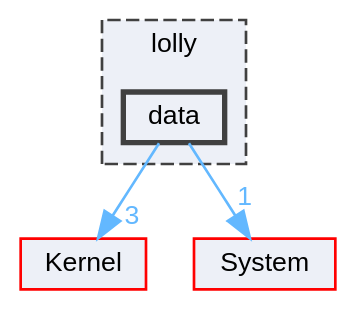
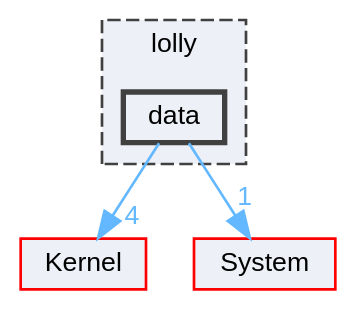
One commit to XmacsLabs/lolly changed the diagram in dir_7d7415eea8157022d4b7478c2ca2ea49_dep.dot. Above: the diagram before and after it, drawn with Graphviz. The commit also changed 278 other files, not shown here.

```diff
--- a/dir_7d7415eea8157022d4b7478c2ca2ea49_dep.dot
+++ b/dir_7d7415eea8157022d4b7478c2ca2ea49_dep.dot
@@ -1,16 +1,16 @@
 digraph "data"
 {
  // LATEX_PDF_SIZE
   bgcolor="transparent";
   edge [fontname=Helvetica,fontsize=10,labelfontname=Helvetica,labelfontsize=10];
   node [fontname=Helvetica,fontsize=10,shape=box,height=0.2,width=0.4];
   compound=true
   subgraph clusterdir_4e4e38b7a3cbd015b31043c806009c51 {
     graph [ bgcolor="#edf0f7", pencolor="grey25", label="lolly", fontname=Helvetica,fontsize=10 style="filled,dashed", URL="dir_4e4e38b7a3cbd015b31043c806009c51.html",tooltip=""]
   dir_7d7415eea8157022d4b7478c2ca2ea49 [label="data", fillcolor="#edf0f7", color="grey25", style="filled,bold", URL="dir_7d7415eea8157022d4b7478c2ca2ea49.html",tooltip=""];
   }
   dir_52bed8acfaac088d5968cb2c84d7645d [label="Kernel", fillcolor="#edf0f7", color="red", style="filled", URL="dir_52bed8acfaac088d5968cb2c84d7645d.html",tooltip=""];
   dir_9af51e3826d4f9e80d9103b2de543e84 [label="System", fillcolor="#edf0f7", color="red", style="filled", URL="dir_9af51e3826d4f9e80d9103b2de543e84.html",tooltip=""];
-  dir_7d7415eea8157022d4b7478c2ca2ea49->dir_52bed8acfaac088d5968cb2c84d7645d [headlabel="3", labeldistance=1.5 headhref="dir_000008_000021.html" color="steelblue1" fontcolor="steelblue1"];
-  dir_7d7415eea8157022d4b7478c2ca2ea49->dir_9af51e3826d4f9e80d9103b2de543e84 [headlabel="1", labeldistance=1.5 headhref="dir_000008_000035.html" color="steelblue1" fontcolor="steelblue1"];
+  dir_7d7415eea8157022d4b7478c2ca2ea49->dir_52bed8acfaac088d5968cb2c84d7645d [headlabel="4", labeldistance=1.5 headhref="dir_000008_000022.html" color="steelblue1" fontcolor="steelblue1"];
+  dir_7d7415eea8157022d4b7478c2ca2ea49->dir_9af51e3826d4f9e80d9103b2de543e84 [headlabel="1", labeldistance=1.5 headhref="dir_000008_000036.html" color="steelblue1" fontcolor="steelblue1"];
 }
```
